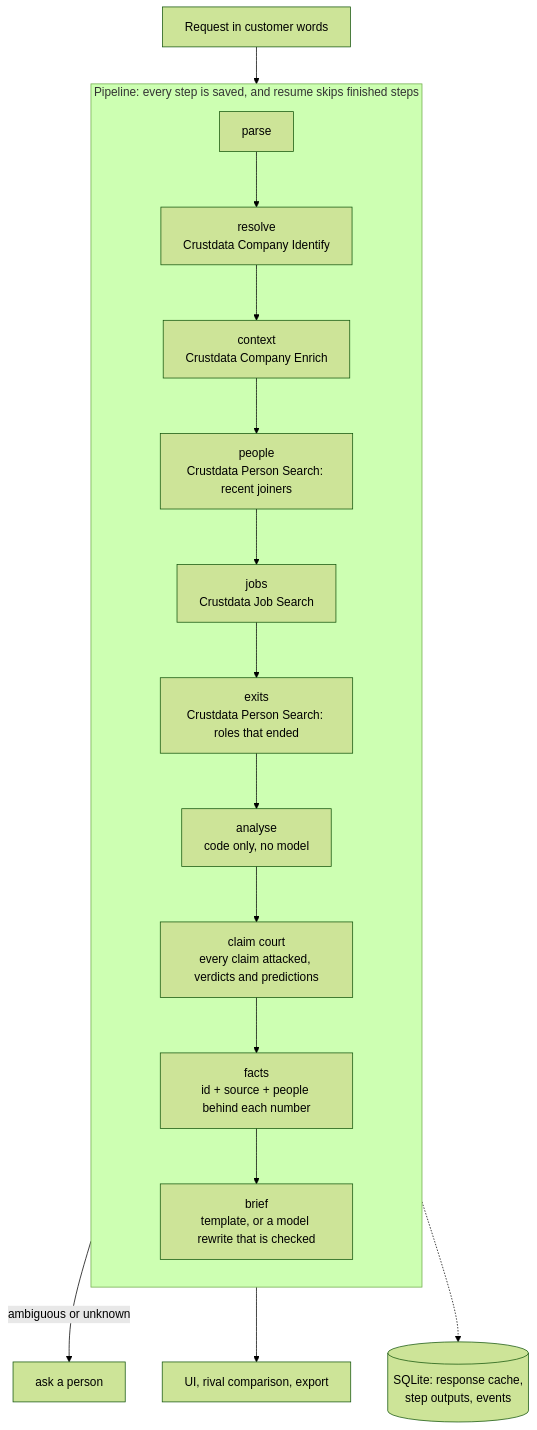
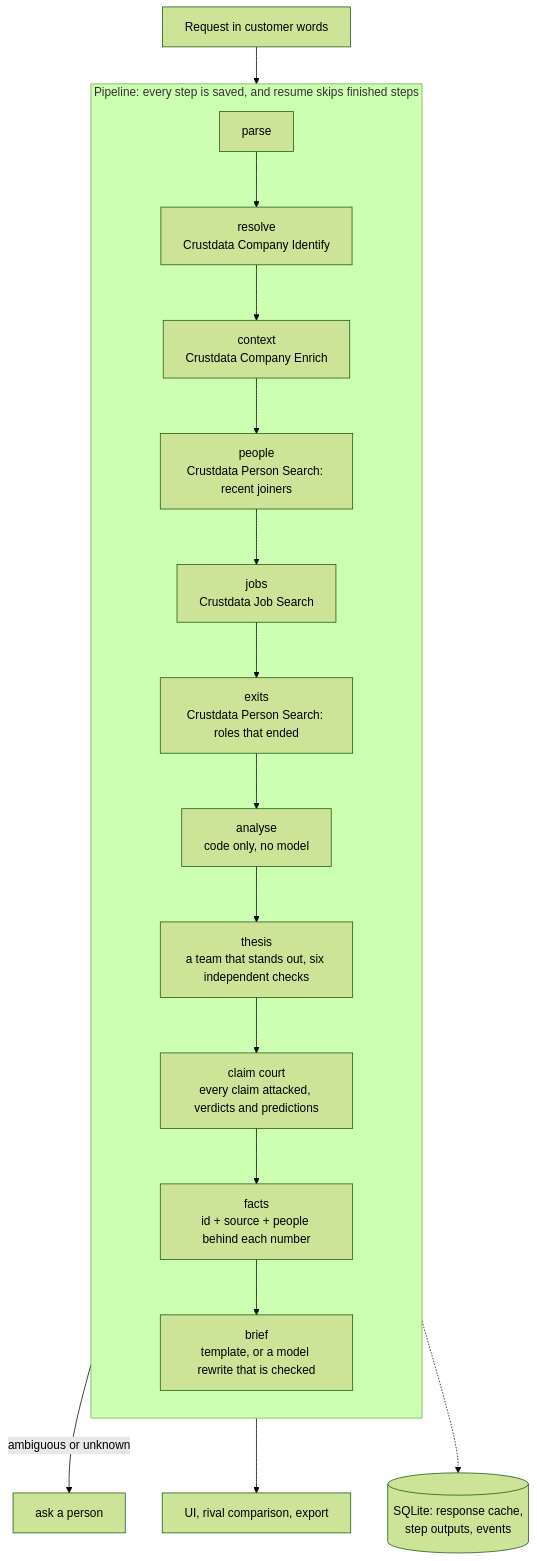
The diagram in README.md (ShivanshuJ/Market_Universe), drawn with Mermaid (forest theme) before and after one commit. The commit also changed other lines of this file and 17 other files, not shown here.

````diff
--- a/README.md
+++ b/README.md
@@ -52,19 +74,20 @@
 ```mermaid
 flowchart TB
   Q["Request in customer words"] --> P
   subgraph Pipeline["Pipeline: every step is saved, and resume skips finished steps"]
     direction TB
     P[parse] --> R["resolve<br/>Crustdata Company Identify"]
     R --> C["context<br/>Crustdata Company Enrich"]
     C --> PE["people<br/>Crustdata Person Search: recent joiners"]
     PE --> J["jobs<br/>Crustdata Job Search"]
     J --> X["exits<br/>Crustdata Person Search: roles that ended"]
     X --> A["analyse<br/>code only, no model"]
-    A --> CT["claim court<br/>every claim attacked, verdicts and predictions"]
+    A --> TH["thesis<br/>a team that stands out, six independent checks"]
+    TH --> CT["claim court<br/>every claim attacked, verdicts and predictions"]
     CT --> F["facts<br/>id + source + people behind each number"]
     F --> B["brief<br/>template, or a model rewrite that is checked"]
   end
   R -- "ambiguous or unknown" --> H["ask a person"]
   B --> UI["UI, rival comparison, export"]
   Pipeline -.-> DB[("SQLite: response cache,<br/>step outputs, events")]
 ```
````
